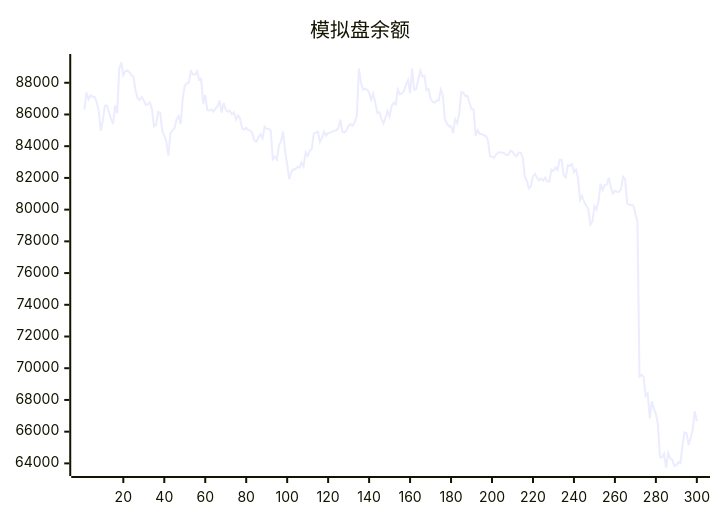
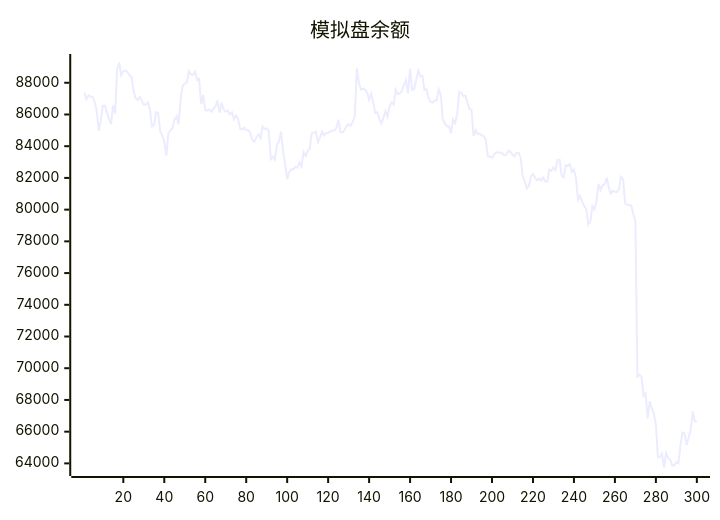
One commit to aahl/ai-trading changed the diagram in README.md. Above: the diagram before and after it, drawn with Mermaid. The commit also changed other lines of this file and 1 other file, not shown here.

````diff
--- a/README.md
+++ b/README.md
@@ -5,5 +5,5 @@
 ```mermaid
 xychart
     title "模拟盘余额"
-    line [86299,87378,86965,87214,87115,87118,86780,86238,84966,85623,86555,86562,86129,85722,85387,86569,86070,88870,89278,88477,88720,88781,88668,88467,88372,87493,87018,86917,87102,86870,86613,86644,86758,86317,85242,85334,86149,86106,84968,84671,84302,83410,84816,85001,85127,85693,85891,85384,87001,87811,87945,88007,88734,88528,88495,88705,88189,88248,86662,87234,86279,86251,86314,86177,86364,86503,86886,86114,86731,86310,86176,86240,86017,86136,85685,85938,85749,85111,85044,85164,85016,85008,84824,84354,84287,84572,84745,84500,85234,85096,85095,84970,83180,83338,83157,84070,84309,84922,83667,82850,81924,82369,82552,82539,82695,82648,82962,82728,83619,83378,83710,83825,84819,84854,84917,84265,84527,84919,84668,84834,84850,84916,84981,85004,85131,85674,84891,84864,85019,85284,85393,85294,85538,85894,88904,88012,87567,87625,87568,87386,86920,87313,86737,86094,86143,85725,85437,85787,86219,85859,86526,86740,86630,87563,87264,87335,87483,87886,88180,87335,88894,87544,87608,88207,88755,88401,88444,87543,87608,87000,86810,86740,86894,86884,87576,87209,85686,85435,85251,85255,84820,85689,85453,86066,87420,87373,87161,87178,86740,86341,86315,84643,85012,84772,84768,84690,84635,84376,83360,83357,83259,83474,83608,83606,83602,83548,83440,83454,83724,83644,83464,83365,83590,83592,83275,82072,81806,81344,81492,82109,82254,82006,81848,81955,81829,82022,81769,81776,82522,82441,82656,82498,83144,83144,82150,82038,82797,82763,82872,82367,82536,81981,80612,80862,80484,80242,80034,79063,79245,80226,80016,80507,81625,81233,81544,81578,82016,81401,81019,81186,81130,81118,81306,82066,81909,80392,80304,80291,80258,79729,79261,69466,69579,69456,68251,68415,66832,67911,67462,67144,66432,64380,64375,64606,63740,64647,64324,64216,63842,63877,64078,64008,65156,65945,65888,65157,65625,66144,67284,66653]
+    line [87378,86965,87214,87115,87118,86780,86238,84966,85623,86555,86562,86129,85722,85387,86569,86070,88870,89278,88477,88720,88781,88668,88467,88372,87493,87018,86917,87102,86870,86613,86644,86758,86317,85242,85334,86149,86106,84968,84671,84302,83410,84816,85001,85127,85693,85891,85384,87001,87811,87945,88007,88734,88528,88495,88705,88189,88248,86662,87234,86279,86251,86314,86177,86364,86503,86886,86114,86731,86310,86176,86240,86017,86136,85685,85938,85749,85111,85044,85164,85016,85008,84824,84354,84287,84572,84745,84500,85234,85096,85095,84970,83180,83338,83157,84070,84309,84922,83667,82850,81924,82369,82552,82539,82695,82648,82962,82728,83619,83378,83710,83825,84819,84854,84917,84265,84527,84919,84668,84834,84850,84916,84981,85004,85131,85674,84891,84864,85019,85284,85393,85294,85538,85894,88904,88012,87567,87625,87568,87386,86920,87313,86737,86094,86143,85725,85437,85787,86219,85859,86526,86740,86630,87563,87264,87335,87483,87886,88180,87335,88894,87544,87608,88207,88755,88401,88444,87543,87608,87000,86810,86740,86894,86884,87576,87209,85686,85435,85251,85255,84820,85689,85453,86066,87420,87373,87161,87178,86740,86341,86315,84643,85012,84772,84768,84690,84635,84376,83360,83357,83259,83474,83608,83606,83602,83548,83440,83454,83724,83644,83464,83365,83590,83592,83275,82072,81806,81344,81492,82109,82254,82006,81848,81955,81829,82022,81769,81776,82522,82441,82656,82498,83144,83144,82150,82038,82797,82763,82872,82367,82536,81981,80612,80862,80484,80242,80034,79063,79245,80226,80016,80507,81625,81233,81544,81578,82016,81401,81019,81186,81130,81118,81306,82066,81909,80392,80304,80291,80258,79729,79261,69466,69579,69456,68251,68415,66832,67911,67462,67144,66432,64380,64375,64606,63740,64647,64324,64216,63842,63877,64078,64008,65156,65945,65888,65157,65625,66144,67284,66653,66639]
 ```
````
